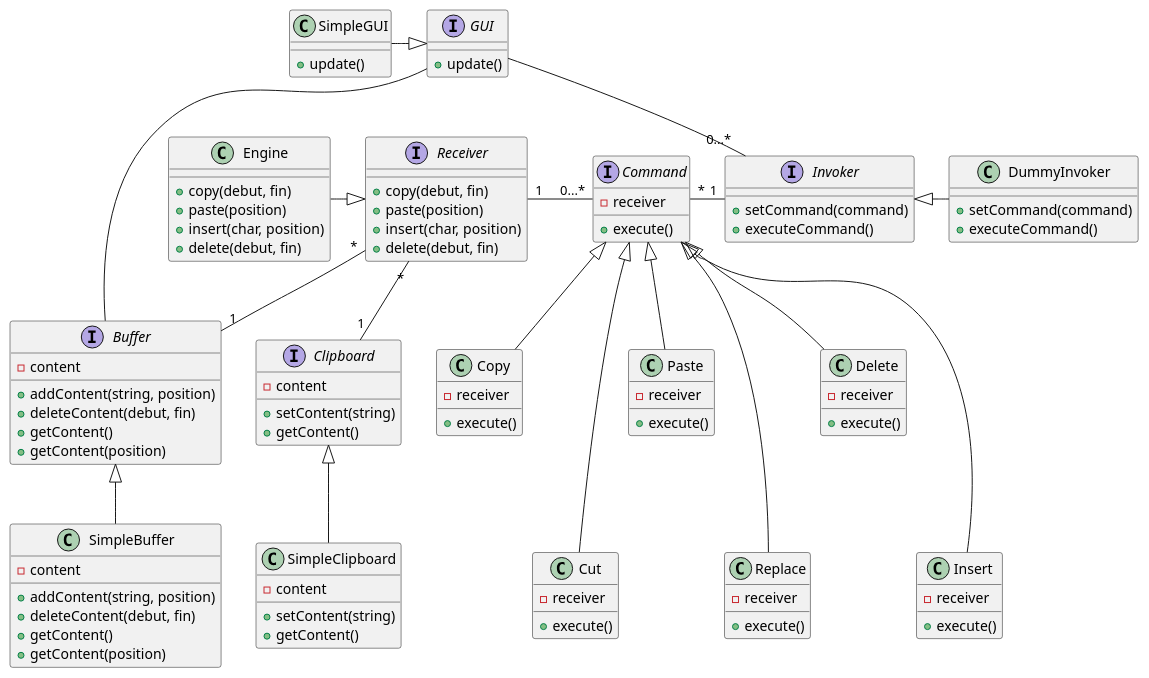
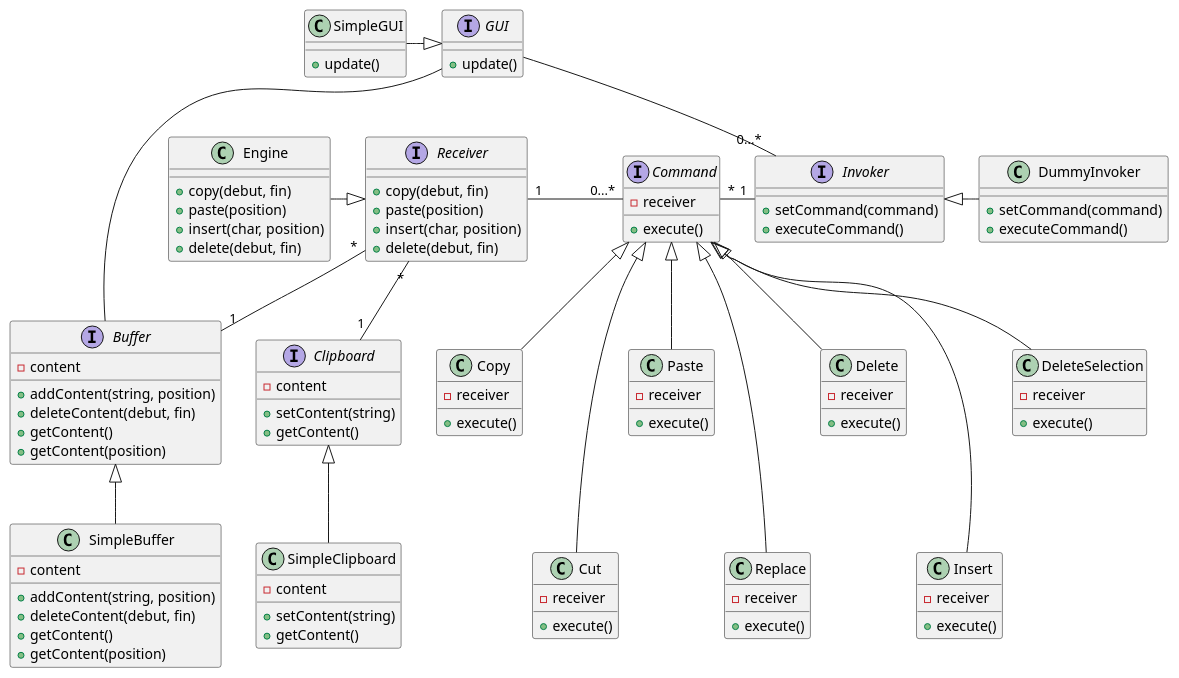
One commit to Camille-Molinier/text-editor changed the diagram in V1/Conception/ClassDiagram.puml. Above: the diagram before and after it, drawn with PlantUML. The commit also changed 4 other files, not shown here.

```diff
--- a/V1/Conception/ClassDiagram.puml
+++ b/V1/Conception/ClassDiagram.puml
@@ -1,128 +1,134 @@
 @startuml
 'https://plantuml.com/class-diagram
 
 interface GUI {
     + update()
 }
 
 interface Invoker {
     + setCommand(command)
     + executeCommand()
 }
 
 interface Command {
     - receiver
     + execute()
 }
 
 interface Receiver {
     + copy(debut, fin)
     + paste(position)
     + insert(char, position)
     + delete(debut, fin)
 }
 
 interface Clipboard {
     - content
     + setContent(string)
     + getContent()
 }
 
 interface Buffer {
     - content
     + addContent(string, position)
     + deleteContent(debut, fin)
     + getContent()
     + getContent(position)
 }
 
 class SimpleGUI {
     + update()
 }
 
 class Engine {
     + copy(debut, fin)
     + paste(position)
     + insert(char, position)
     + delete(debut, fin)
 }
 
 
 class Copy {
     - receiver
     + execute()
 }
 
 class Cut {
     - receiver
     + execute()
 }
 
 class Paste {
     - receiver
     + execute()
 }
 
 class Replace {
     - receiver
     + execute()
 }
 
 class Delete {
     - receiver
     + execute()
 }
 
 class Insert {
     - receiver
     + execute()
 }
 
+class DeleteSelection {
+    - receiver
+    + execute()
+}
+
 class SimpleBuffer {
     - content
     + addContent(string, position)
     + deleteContent(debut, fin)
     + getContent()
     + getContent(position)
 }
 
 class SimpleClipboard {
     - content
     + setContent(string)
     + getContent()
 }
 
 class DummyInvoker {
     + setCommand(command)
     + executeCommand()
 }
 
 
 GUI --- Buffer
 GUI --"0...*" Invoker
 
 Receiver "1"-"0...*" Command
 Receiver "*"-down-"1" Buffer
 Receiver "*"--down"1" Clipboard
 
 SimpleGUI -right|> GUI
 
 Engine -right-|> Receiver
 
 Invoker "1"--left"*" Command
 
 
 Copy -up-|> Command
 Paste -up-|> Command
 Replace --up-|> Command
 Delete -up-|> Command
 Cut --up-|> Command
 Insert -up--|> Command
+DeleteSelection -up-|> Command
 
 SimpleBuffer -up-|> Buffer
 SimpleClipboard -up-|> Clipboard
 
 DummyInvoker -left|> Invoker
 
 
 @enduml
```
